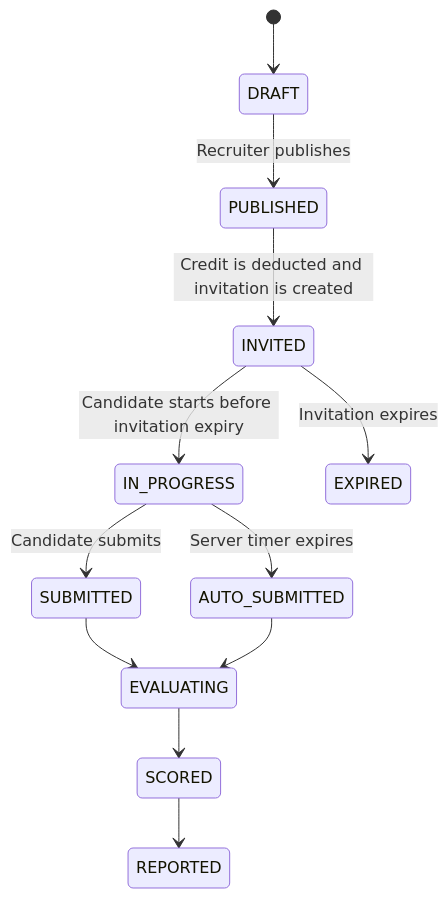
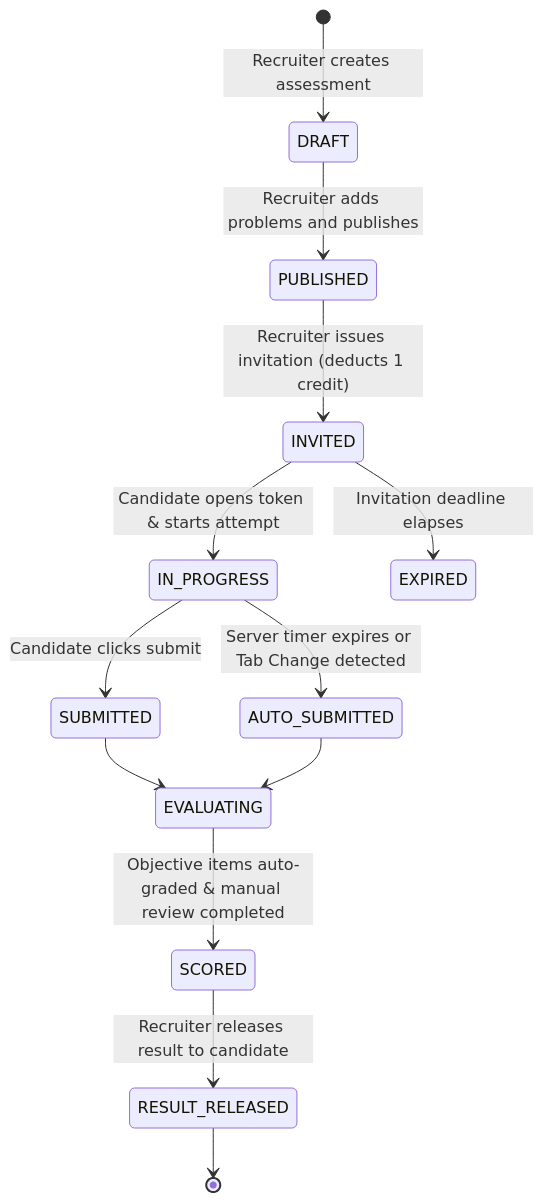
The second of 3 diagrams in README.md (m-d-Irfan/AssessmentForces), drawn with Mermaid before and after one commit. The commit also changed other lines of this file, not shown here.

````diff
--- a/README.md
+++ b/README.md
@@ -85,14 +107,15 @@
 ```mermaid
 stateDiagram-v2
-  [*] --> DRAFT
-  DRAFT --> PUBLISHED: Recruiter publishes
-  PUBLISHED --> INVITED: Credit is deducted and invitation is created
-  INVITED --> IN_PROGRESS: Candidate starts before invitation expiry
-  INVITED --> EXPIRED: Invitation expires
-  IN_PROGRESS --> SUBMITTED: Candidate submits
-  IN_PROGRESS --> AUTO_SUBMITTED: Server timer expires
+  [*] --> DRAFT: Recruiter creates assessment
+  DRAFT --> PUBLISHED: Recruiter adds problems and publishes
+  PUBLISHED --> INVITED: Recruiter issues invitation (deducts 1 credit)
+  INVITED --> IN_PROGRESS: Candidate opens token & starts attempt
+  INVITED --> EXPIRED: Invitation deadline elapses
+  IN_PROGRESS --> SUBMITTED: Candidate clicks submit
+  IN_PROGRESS --> AUTO_SUBMITTED: Server timer expires or Tab Change detected
   SUBMITTED --> EVALUATING
   AUTO_SUBMITTED --> EVALUATING
-  EVALUATING --> SCORED
-  SCORED --> REPORTED
+  EVALUATING --> SCORED: Objective items auto-graded & manual review completed
+  SCORED --> RESULT_RELEASED: Recruiter releases result to candidate
+  RESULT_RELEASED --> [*]
 ```
````
